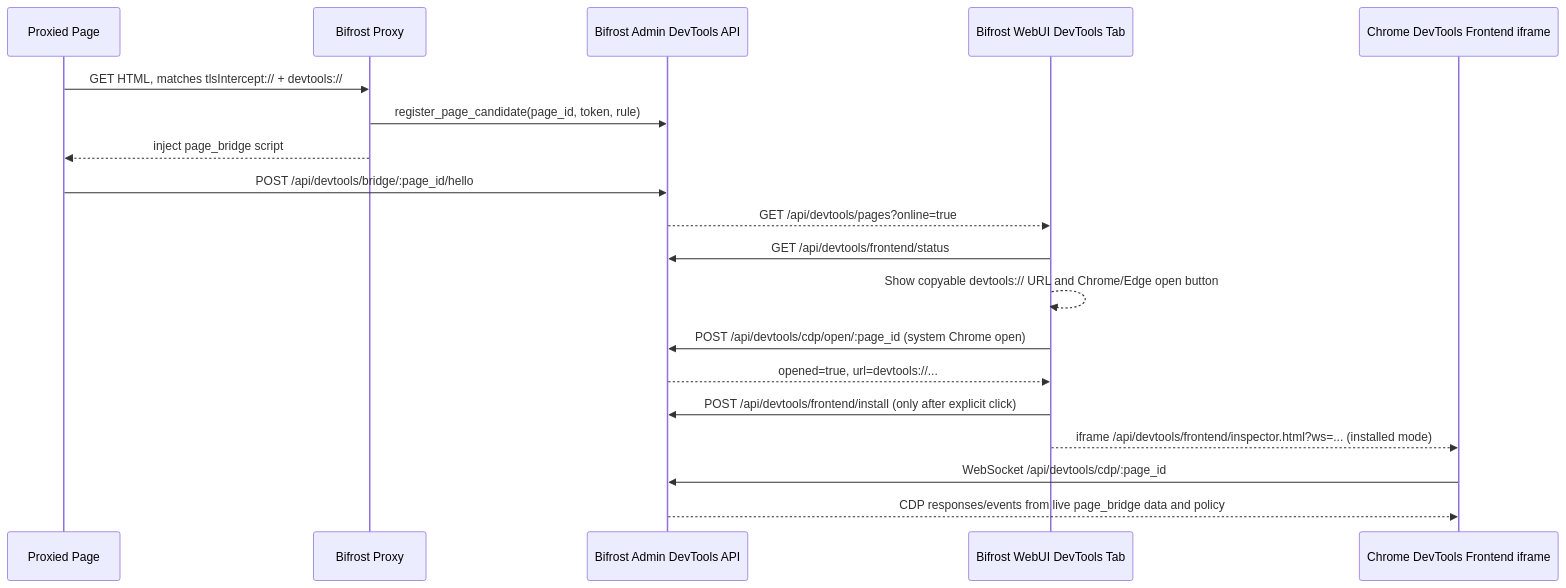
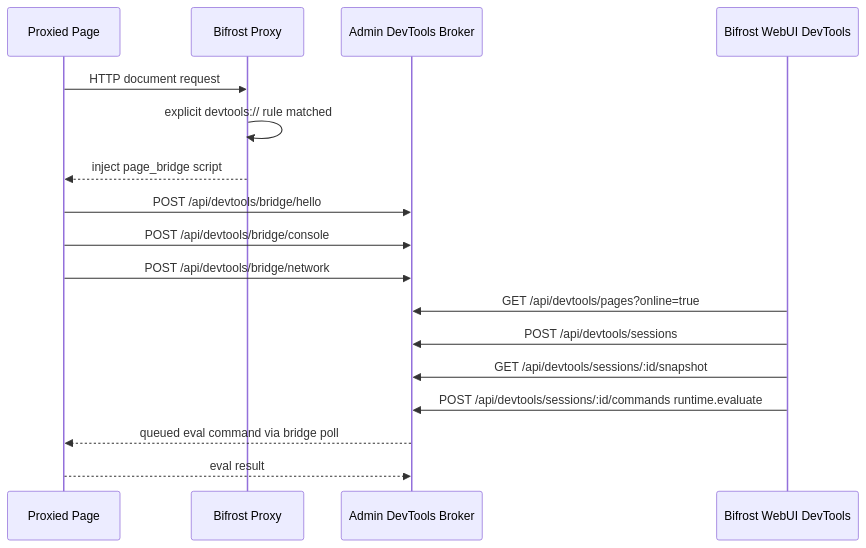
Before and after one commit to bifrost-proxy/bifrost: the diagram in design/chrome-devtools-remote-control.md, drawn with Mermaid. The commit also changed other lines of this file and 8 other files, not shown here.

Commit message:
feat(devtools): replace chrome frontend with custom panel

````diff
--- a/design/chrome-devtools-remote-control.md
+++ b/design/chrome-devtools-remote-control.md
@@ -87,22 +27,20 @@
 ```mermaid
 sequenceDiagram
-  participant Page as Proxied Page
+  participant Browser as Proxied Page
   participant Proxy as Bifrost Proxy
-  participant Admin as Bifrost Admin DevTools API
-  participant WebUI as Bifrost WebUI DevTools Tab
-  participant Frontend as Chrome DevTools Frontend iframe
+  participant Admin as Admin DevTools Broker
+  participant WebUI as Bifrost WebUI DevTools
 
-  Page->>Proxy: GET HTML, matches tlsIntercept:// + devtools://
-  Proxy->>Admin: register_page_candidate(page_id, token, rule)
-  Proxy-->>Page: inject page_bridge script
-  Page->>Admin: POST /api/devtools/bridge/:page_id/hello
-  Admin-->>WebUI: GET /api/devtools/pages?online=true
-  WebUI->>Admin: GET /api/devtools/frontend/status
-  WebUI-->>WebUI: Show copyable devtools:// URL and Chrome/Edge open button
-  WebUI->>Admin: POST /api/devtools/cdp/open/:page_id (system Chrome open)
-  Admin-->>WebUI: opened=true, url=devtools://...
-  WebUI->>Admin: POST /api/devtools/frontend/install (only after explicit click)
-  WebUI-->>Frontend: iframe /api/devtools/frontend/inspector.html?ws=... (installed mode)
-  Frontend->>Admin: WebSocket /api/devtools/cdp/:page_id
-  Admin-->>Frontend: CDP responses/events from live page_bridge data and policy
+  Browser->>Proxy: HTTP document request
+  Proxy->>Proxy: explicit devtools:// rule matched
+  Proxy-->>Browser: inject page_bridge script
+  Browser->>Admin: POST /api/devtools/bridge/hello
+  Browser->>Admin: POST /api/devtools/bridge/console
+  Browser->>Admin: POST /api/devtools/bridge/network
+  WebUI->>Admin: GET /api/devtools/pages?online=true
+  WebUI->>Admin: POST /api/devtools/sessions
+  WebUI->>Admin: GET /api/devtools/sessions/:id/snapshot
+  WebUI->>Admin: POST /api/devtools/sessions/:id/commands runtime.evaluate
+  Admin-->>Browser: queued eval command via bridge poll
+  Browser-->>Admin: eval result
 ```
````
